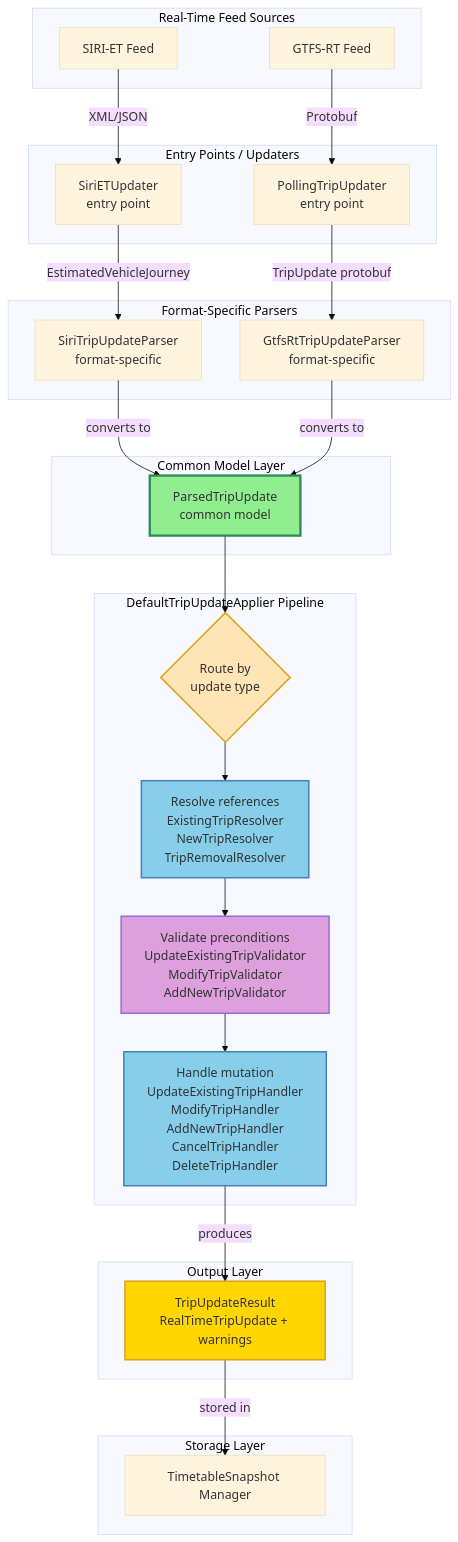
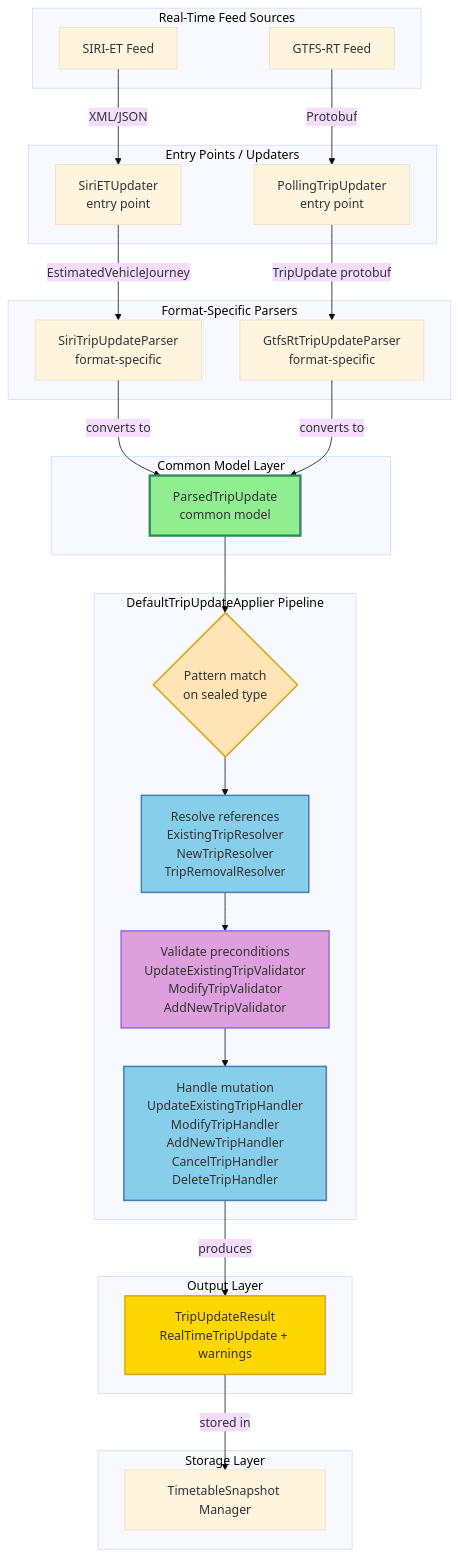
The first of 11 diagrams in docs/design/unified-realtime-updaters-with-diagrams.md (entur/OpenTripPlanner), drawn with Mermaid (base theme) before and after one commit. The commit also changed other lines of this file and 1 other file, not shown here.

Commit message:
Update diagrams

````diff
--- a/docs/design/unified-realtime-updaters-with-diagrams.md
+++ b/docs/design/unified-realtime-updaters-with-diagrams.md
@@ -84,61 +84,61 @@
 ```mermaid
 flowchart TB
     subgraph Feeds["Real-Time Feed Sources"]
         SIRI[SIRI-ET Feed]
         GTFS[GTFS-RT Feed]
     end
 
     subgraph Updaters["Entry Points / Updaters"]
         SiriUpdater[SiriETUpdater<br/>entry point]
         GtfsUpdater[PollingTripUpdater<br/>entry point]
     end
 
     subgraph Parsers["Format-Specific Parsers"]
         SiriParser[SiriTripUpdateParser<br/>format-specific]
         GtfsParser[GtfsRtTripUpdateParser<br/>format-specific]
     end
 
     subgraph CommonModel["Common Model Layer"]
         ParsedUpdate[ParsedTripUpdate<br/>common model]
     end
 
     subgraph Pipeline["DefaultTripUpdateApplier Pipeline"]
-        Route{Route by<br/>update type}
+        Route{Pattern match<br/>on sealed type}
         Resolve[Resolve references<br/>ExistingTripResolver<br/>NewTripResolver<br/>TripRemovalResolver]
         Validate[Validate preconditions<br/>UpdateExistingTripValidator<br/>ModifyTripValidator<br/>AddNewTripValidator]
         Handle[Handle mutation<br/>UpdateExistingTripHandler<br/>ModifyTripHandler<br/>AddNewTripHandler<br/>CancelTripHandler<br/>DeleteTripHandler]
     end
 
     subgraph Output["Output Layer"]
         RTUpdate[TripUpdateResult<br/>RealTimeTripUpdate + warnings]
     end
 
     subgraph Storage["Storage Layer"]
         SnapshotMgr[TimetableSnapshot Manager]
     end
 
     SIRI -->|XML/JSON| SiriUpdater
     GTFS -->|Protobuf| GtfsUpdater
 
     SiriUpdater -->|EstimatedVehicleJourney| SiriParser
     GtfsUpdater -->|TripUpdate protobuf| GtfsParser
 
     SiriParser -->|converts to| ParsedUpdate
     GtfsParser -->|converts to| ParsedUpdate
 
     ParsedUpdate --> Route
     Route --> Resolve
     Resolve --> Validate
     Validate --> Handle
 
     Handle -->|produces| RTUpdate
 
     RTUpdate -->|stored in| SnapshotMgr
 
     style ParsedUpdate fill:#90EE90,stroke:#2E8B57,stroke-width:3px
     style Route fill:#FFE4B5,stroke:#DAA520,stroke-width:2px
     style Resolve fill:#87CEEB,stroke:#4682B4,stroke-width:2px
     style Validate fill:#DDA0DD,stroke:#9370DB,stroke-width:2px
     style Handle fill:#87CEEB,stroke:#4682B4,stroke-width:2px
     style RTUpdate fill:#FFD700,stroke:#DAA520,stroke-width:2px
 ```
````
